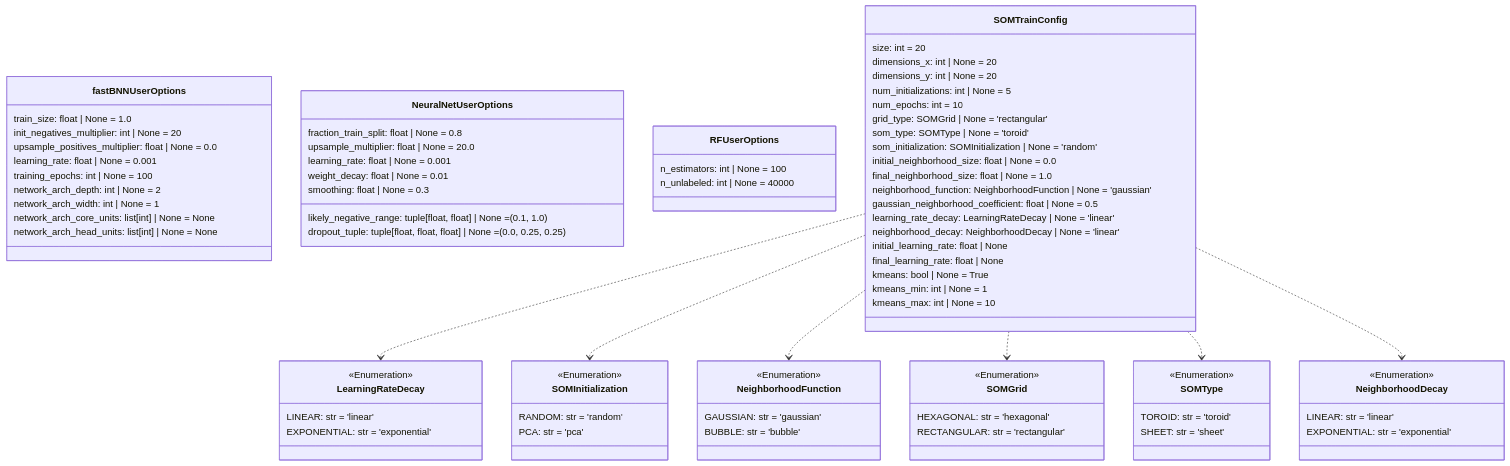
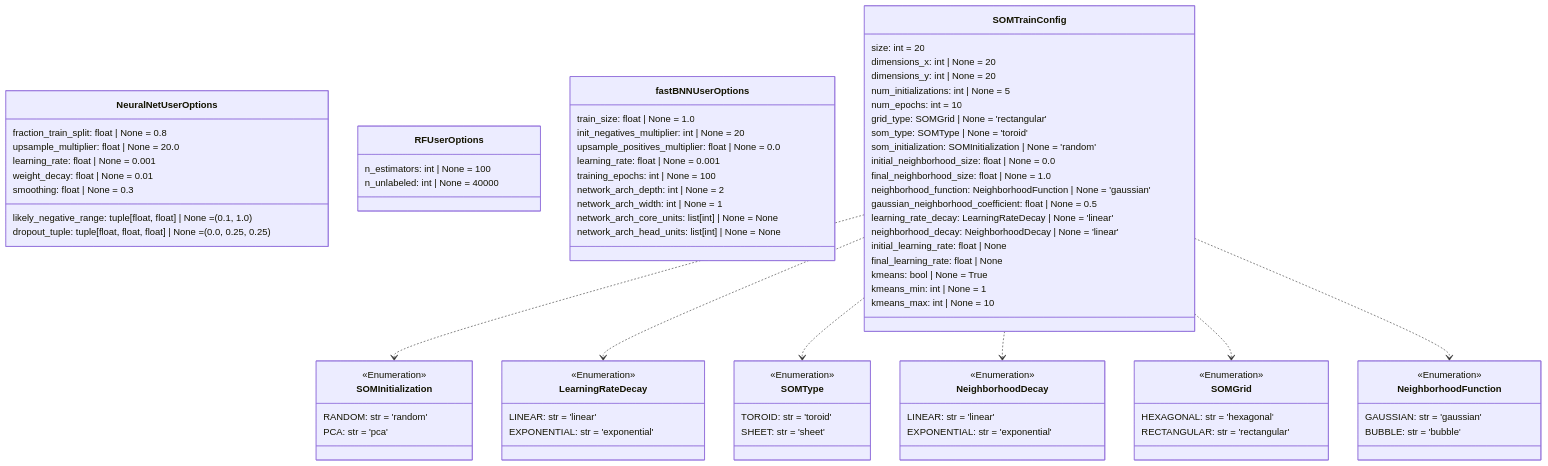
One commit to DARPA-CRITICALMAAS/cdr_schemas changed diagram 14 of 14 in README.md. Above: the diagram before and after it, drawn with Mermaid. The commit also changed other lines of this file and 2 other files, not shown here.

````diff
--- a/README.md
+++ b/README.md
@@ -1302,10 +1302,31 @@
 ```mermaid
 classDiagram
+
+    class NeuralNetUserOptions {
+        likely_negative_range: tuple[float, float] | None = (0.1, 1.0)
+        fraction_train_split: float | None = 0.8
+        upsample_multiplier: float | None = 20.0
+        dropout_tuple: tuple[float, float, float] | None = (0.0, 0.25, 0.25)
+        learning_rate: float | None = 0.001
+        weight_decay: float | None = 0.01
+        smoothing: float | None = 0.3
+    }
 
     class LearningRateDecay {
         <<Enumeration>>
         LINEAR: str = 'linear'
         EXPONENTIAL: str = 'exponential'
+    }
+
+    class SOMType {
+        <<Enumeration>>
+        TOROID: str = 'toroid'
+        SHEET: str = 'sheet'
+    }
+
+    class RFUserOptions {
+        n_estimators: int | None = 100
+        n_unlabeled: int | None = 40000
     }
 
     class SOMInitialization {
@@ -1314,16 +1335,16 @@
         PCA: str = 'pca'
     }
 
-    class NeighborhoodFunction {
-        <<Enumeration>>
-        GAUSSIAN: str = 'gaussian'
-        BUBBLE: str = 'bubble'
-    }
-
     class SOMGrid {
         <<Enumeration>>
         HEXAGONAL: str = 'hexagonal'
         RECTANGULAR: str = 'rectangular'
+    }
+
+    class NeighborhoodDecay {
+        <<Enumeration>>
+        LINEAR: str = 'linear'
+        EXPONENTIAL: str = 'exponential'
     }
 
     class fastBNNUserOptions {
@@ -1338,25 +1359,10 @@
         network_arch_head_units: list[int] | None = None
     }
 
-    class NeighborhoodDecay {
+    class NeighborhoodFunction {
         <<Enumeration>>
-        LINEAR: str = 'linear'
-        EXPONENTIAL: str = 'exponential'
-    }
-
-    class NeuralNetUserOptions {
-        likely_negative_range: tuple[float, float] | None = (0.1, 1.0)
-        fraction_train_split: float | None = 0.8
-        upsample_multiplier: float | None = 20.0
-        dropout_tuple: tuple[float, float, float] | None = (0.0, 0.25, 0.25)
-        learning_rate: float | None = 0.001
-        weight_decay: float | None = 0.01
-        smoothing: float | None = 0.3
-    }
-
-    class RFUserOptions {
-        n_estimators: int | None = 100
-        n_unlabeled: int | None = 40000
+        GAUSSIAN: str = 'gaussian'
+        BUBBLE: str = 'bubble'
     }
 
     class SOMTrainConfig {
@@ -1381,18 +1387,12 @@
         kmeans_max: int | None = 10
     }
 
-    class SOMType {
-        <<Enumeration>>
-        TOROID: str = 'toroid'
-        SHEET: str = 'sheet'
-    }
-
+    SOMTrainConfig ..> SOMInitialization
     SOMTrainConfig ..> LearningRateDecay
-    SOMTrainConfig ..> SOMInitialization
-    SOMTrainConfig ..> NeighborhoodFunction
-    SOMTrainConfig ..> SOMGrid
     SOMTrainConfig ..> SOMType
     SOMTrainConfig ..> NeighborhoodDecay
+    SOMTrainConfig ..> SOMGrid
+    SOMTrainConfig ..> NeighborhoodFunction
 
 
 ```
````
